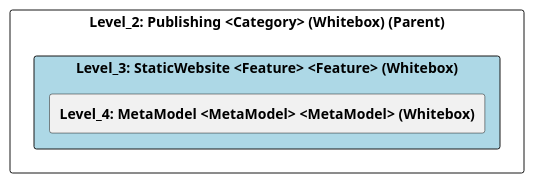
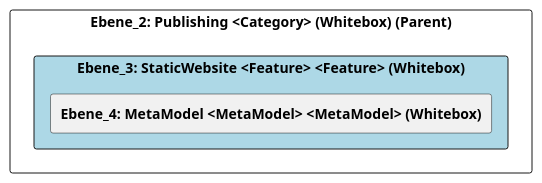
Before and after one commit to marcozwyssig/cleon: the diagram in doc/cleonproject_deliverables_architecture_model_architecture/adoc/de/05_bausteinsicht/cleon/publishing/staticwebsite/ebene_3_staticwebsite.adoc, drawn with PlantUML. The commit also changed other lines of this file and 258 other files, not shown here.

```diff
--- a/doc/cleonproject_deliverables_architecture_model_architecture/adoc/de/05_bausteinsicht/cleon/publishing/staticwebsite/ebene_3_staticwebsite.adoc
+++ b/doc/cleonproject_deliverables_architecture_model_architecture/adoc/de/05_bausteinsicht/cleon/publishing/staticwebsite/ebene_3_staticwebsite.adoc
@@ -24,24 +24,24 @@
-[plantuml, Level_3: StaticWebsite <Feature> <Feature> (Whitebox)BlockOverview, format="svg"]
+[plantuml, Ebene_3: StaticWebsite <Feature> <Feature> (Whitebox)BlockOverview, format="svg"]
 ----
-@startuml Level_3: StaticWebsite <Feature> <Feature> (Whitebox)BuildingBlockOverview
+@startuml Ebene_3: StaticWebsite <Feature> <Feature> (Whitebox)BuildingBlockOverview
 
 skinparam ranksep 10
 skinparam componentStyle rectangle
 skinparam shadowing false
 skinparam arrowColor lightblue
 skinparam arrowThickness 1.2
 skinparam rectangle {
   BackgroundColor White
   BorderColor #333
   RoundCorner 10
 }
 top to bottom direction
 
-component "Level_2: Publishing <Category> (Whitebox) (Parent)" {
-    component "Level_3: StaticWebsite <Feature> <Feature> (Whitebox)" #lightblue {
-        [**Level_4: MetaModel <MetaModel> <MetaModel> (Whitebox)**] as 4A570577_D579_11EE_903E_9F564E4DE07E
+component "Ebene_2: Publishing <Category> (Whitebox) (Parent)" {
+    component "Ebene_3: StaticWebsite <Feature> <Feature> (Whitebox)" #lightblue {
+        [**Ebene_4: MetaModel <MetaModel> <MetaModel> (Whitebox)**] as 4A570577_D579_11EE_903E_9F564E4DE07E
     }
 }
 
 @enduml
 ----
```
